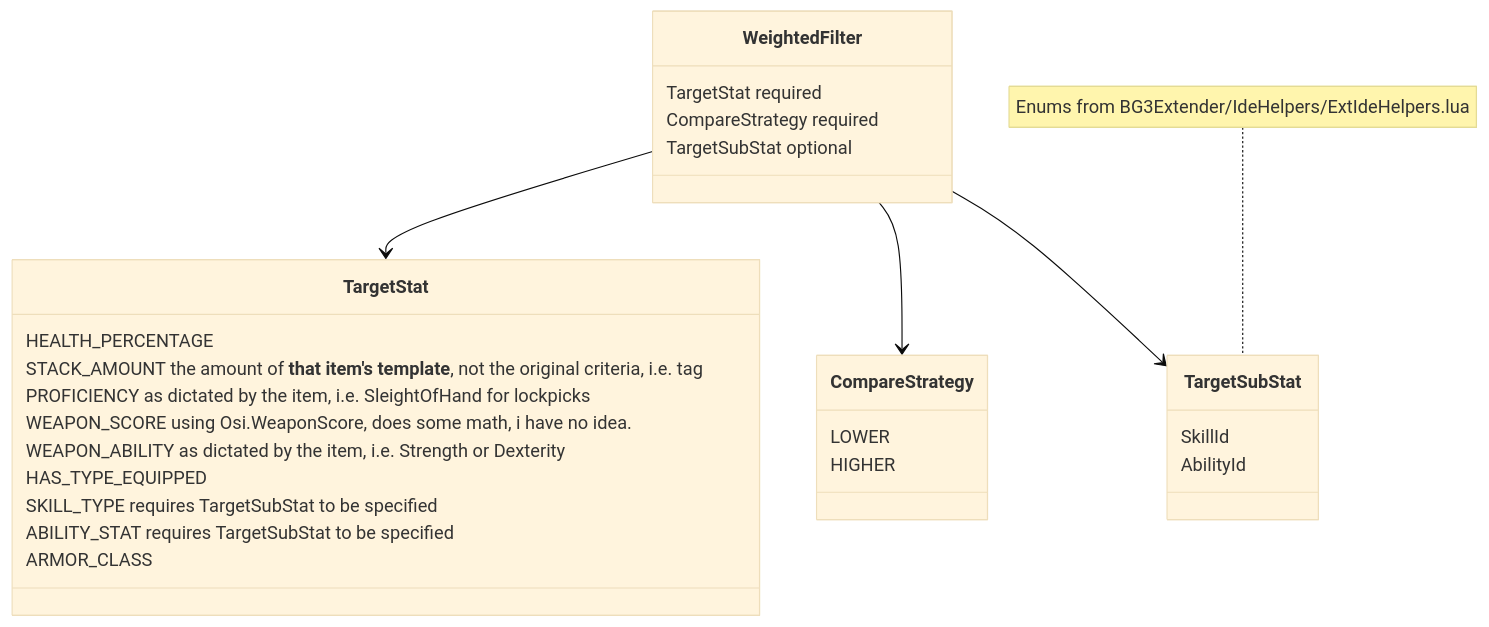
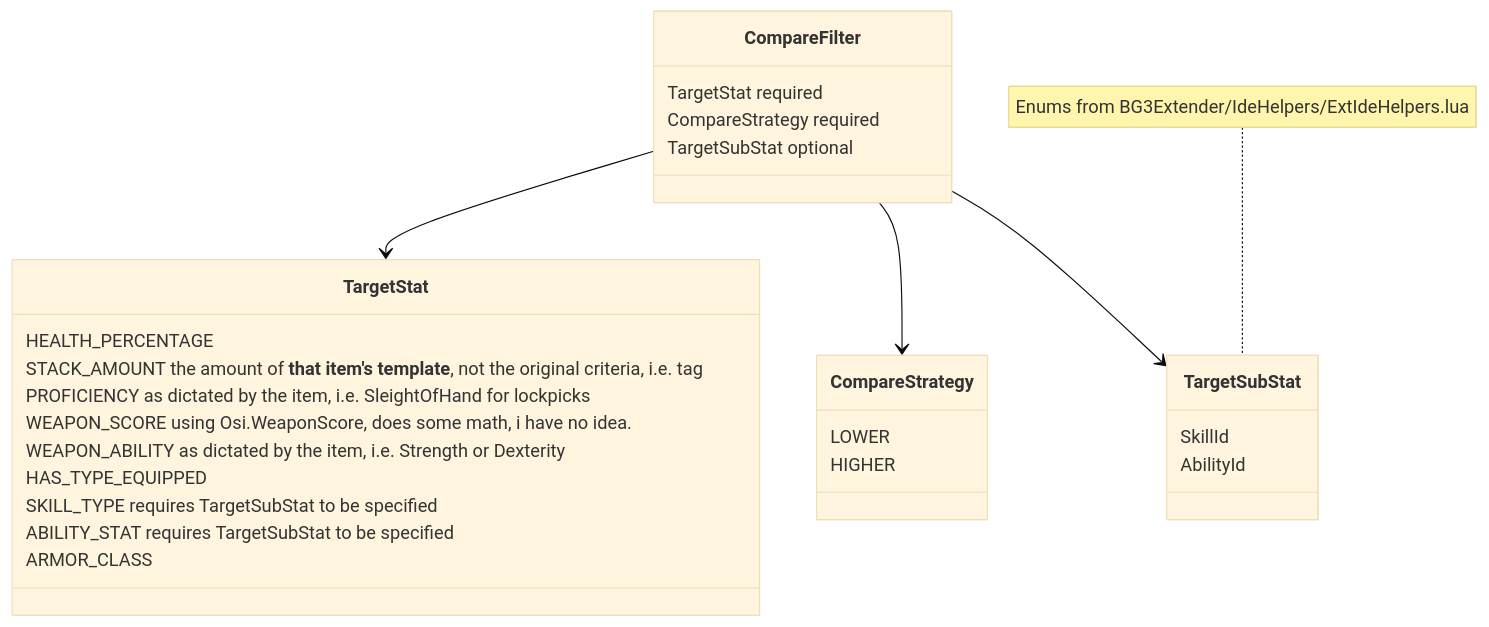
Before and after one commit to osirisOfGit/BG3_Automatic_Inventory_Manager: the first of 2 diagrams in README.md, drawn with Mermaid (base theme). The commit also changed other lines of this file and 9 other files, not shown here.

````diff
--- a/README.md
+++ b/README.md
@@ -90,36 +90,36 @@
 ```mermaid
 classDiagram
-    WeightedFilter --> TargetStat 
-    WeightedFilter --> CompareStrategy
-    WeightedFilter --> TargetSubStat
+    CompareFilter --> TargetStat 
+    CompareFilter --> CompareStrategy
+    CompareFilter --> TargetSubStat
     
-    class WeightedFilter{
+    class CompareFilter{
         TargetStat required
         CompareStrategy required
         TargetSubStat optional
     }
 
     class TargetStat {
         HEALTH_PERCENTAGE
         STACK_AMOUNT the amount of **that item's template**, not the original criteria, i.e. tag
         PROFICIENCY as dictated by the item, i.e. SleightOfHand for lockpicks
         WEAPON_SCORE using Osi.WeaponScore, does some math, i have no idea.
         WEAPON_ABILITY as dictated by the item, i.e. Strength or Dexterity
         HAS_TYPE_EQUIPPED
         SKILL_TYPE requires TargetSubStat to be specified
         ABILITY_STAT requires TargetSubStat to be specified
         ARMOR_CLASS
     }
 
     class CompareStrategy {
         LOWER 
         HIGHER
     }
 
     class TargetSubStat {
         SkillId
         AbilityId
     }
 
     note for TargetSubStat "Enums from BG3Extender/IdeHelpers/ExtIdeHelpers.lua"
 ```
````
